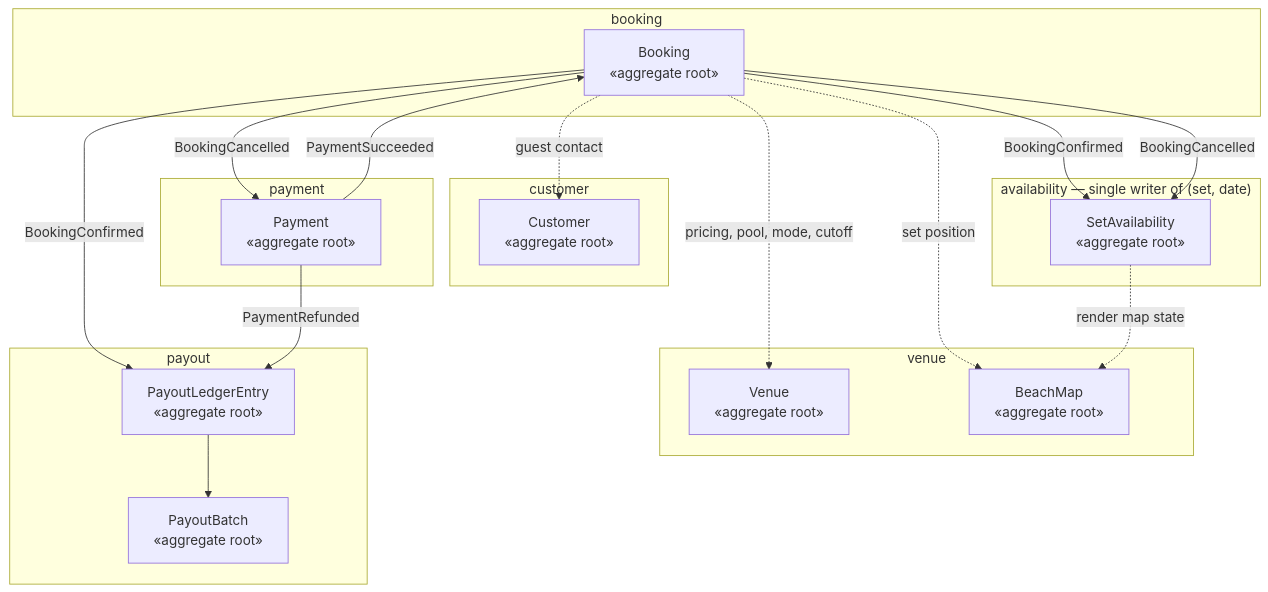
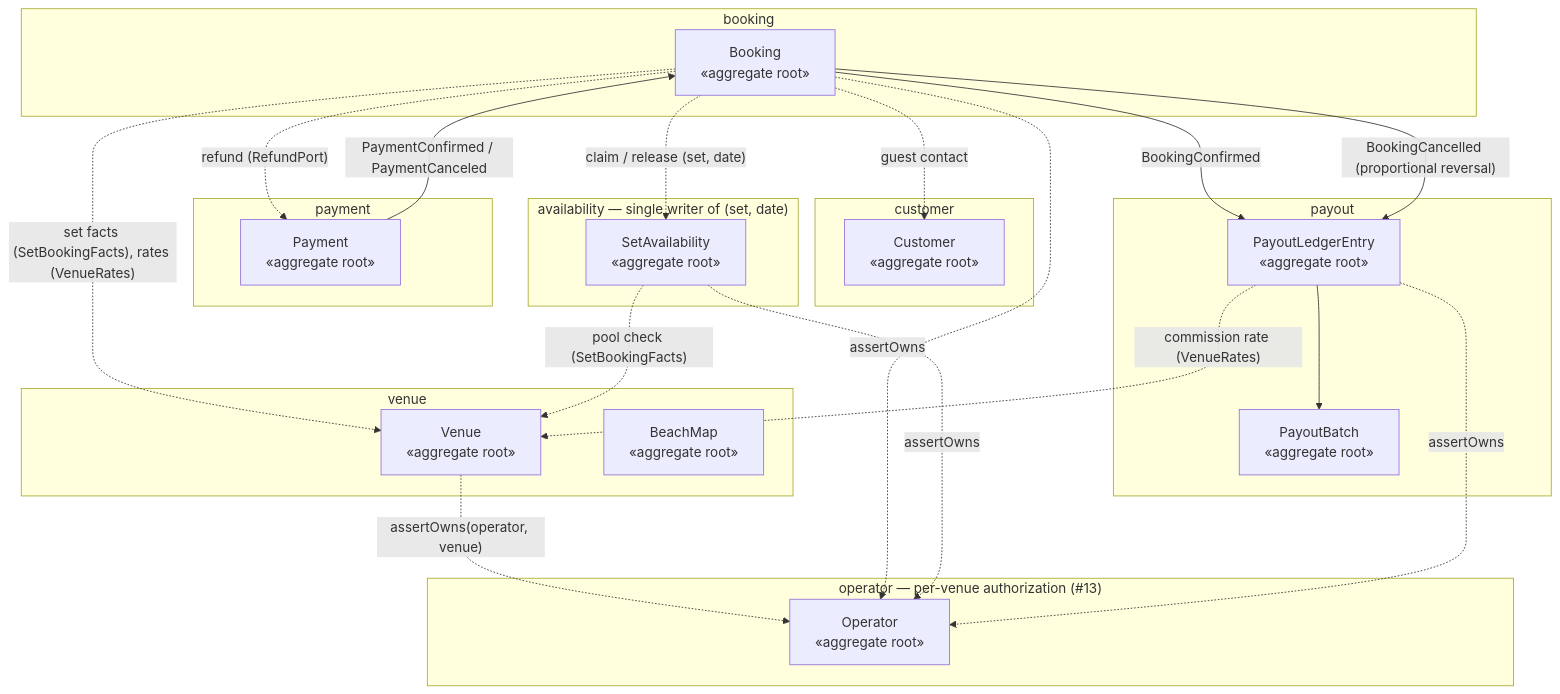
Before and after one commit to ivopogace/riviera-sunbed-booking: the first of 12 diagrams in docs/architecture/domain-model.md, drawn with Mermaid. The commit also changed other lines of this file and 10 other files, not shown here.

````diff
--- a/docs/architecture/domain-model.md
+++ b/docs/architecture/domain-model.md
@@ -24,36 +26,42 @@
 ```mermaid
 graph TB
     subgraph customer["customer"]
         CUST["Customer<br/>«aggregate root»"]
     end
     subgraph venue["venue"]
         VEN["Venue<br/>«aggregate root»"]
         MAP["BeachMap<br/>«aggregate root»"]
     end
     subgraph availability["availability — single writer of (set, date)"]
         AVAIL["SetAvailability<br/>«aggregate root»"]
     end
     subgraph booking["booking"]
         BOOK["Booking<br/>«aggregate root»"]
     end
     subgraph payment["payment"]
         PAY["Payment<br/>«aggregate root»"]
     end
     subgraph payout["payout"]
         LEDG["PayoutLedgerEntry<br/>«aggregate root»"]
         BATCH["PayoutBatch<br/>«aggregate root»"]
     end
+    subgraph operator["operator — per-venue authorization (#13)"]
+        OP["Operator<br/>«aggregate root»"]
+    end
 
-    PAY -- "PaymentSucceeded" --> BOOK
-    BOOK -- "BookingConfirmed" --> AVAIL
+    PAY -- "PaymentConfirmed / PaymentCanceled" --> BOOK
     BOOK -- "BookingConfirmed" --> LEDG
-    BOOK -- "BookingCancelled" --> AVAIL
-    BOOK -- "BookingCancelled" --> PAY
-    PAY -- "PaymentRefunded" --> LEDG
+    BOOK -- "BookingCancelled (proportional reversal)" --> LEDG
 
-    BOOK -. "pricing, pool, mode, cutoff" .-> VEN
-    BOOK -. "set position" .-> MAP
+    BOOK -. "claim / release (set, date)" .-> AVAIL
+    BOOK -. "refund (RefundPort)" .-> PAY
+    BOOK -. "set facts (SetBookingFacts), rates (VenueRates)" .-> VEN
     BOOK -. "guest contact" .-> CUST
-    AVAIL -. "render map state" .-> MAP
+    AVAIL -. "pool check (SetBookingFacts)" .-> VEN
+    LEDG -. "commission rate (VenueRates)" .-> VEN
+    VEN -. "assertOwns(operator, venue)" .-> OP
+    BOOK -. "assertOwns" .-> OP
+    AVAIL -. "assertOwns" .-> OP
+    LEDG -. "assertOwns" .-> OP
     LEDG --> BATCH
 ```
````
